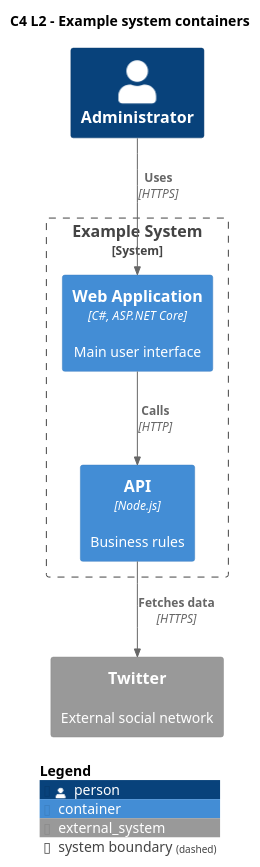
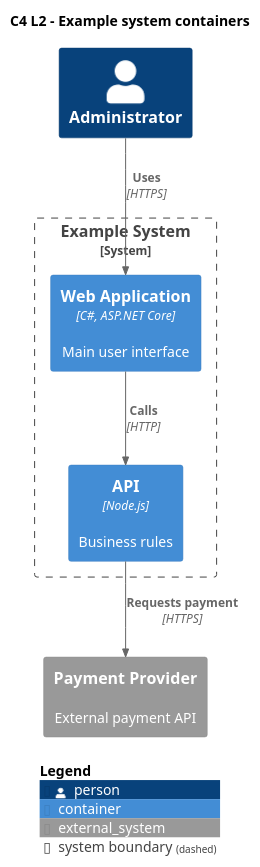
Before and after one commit to scrapup/scrapup: the diagram in skills/expert-plantuml/examples/c4-container.puml, drawn with PlantUML. The commit also changed 63 other files, not shown here.

```diff
--- a/skills/expert-plantuml/examples/c4-container.puml
+++ b/skills/expert-plantuml/examples/c4-container.puml
@@ -1,17 +1,17 @@
 @startuml
 !include <C4/C4_Container>
 title C4 L2 - Example system containers
 
 Person(admin, "Administrator")
 System_Boundary(c1, "Example System") {
     Container(web_app, "Web Application", "C#, ASP.NET Core", "Main user interface")
     Container(api, "API", "Node.js", "Business rules")
 }
-System_Ext(twitter, "Twitter", "External social network")
+System_Ext(payment_provider, "Payment Provider", "External payment API")
 
 Rel(admin, web_app, "Uses", "HTTPS")
 Rel(web_app, api, "Calls", "HTTP")
-Rel(api, twitter, "Fetches data", "HTTPS")
+Rel(api, payment_provider, "Requests payment", "HTTPS")
 
 SHOW_LEGEND()
 @enduml
```
